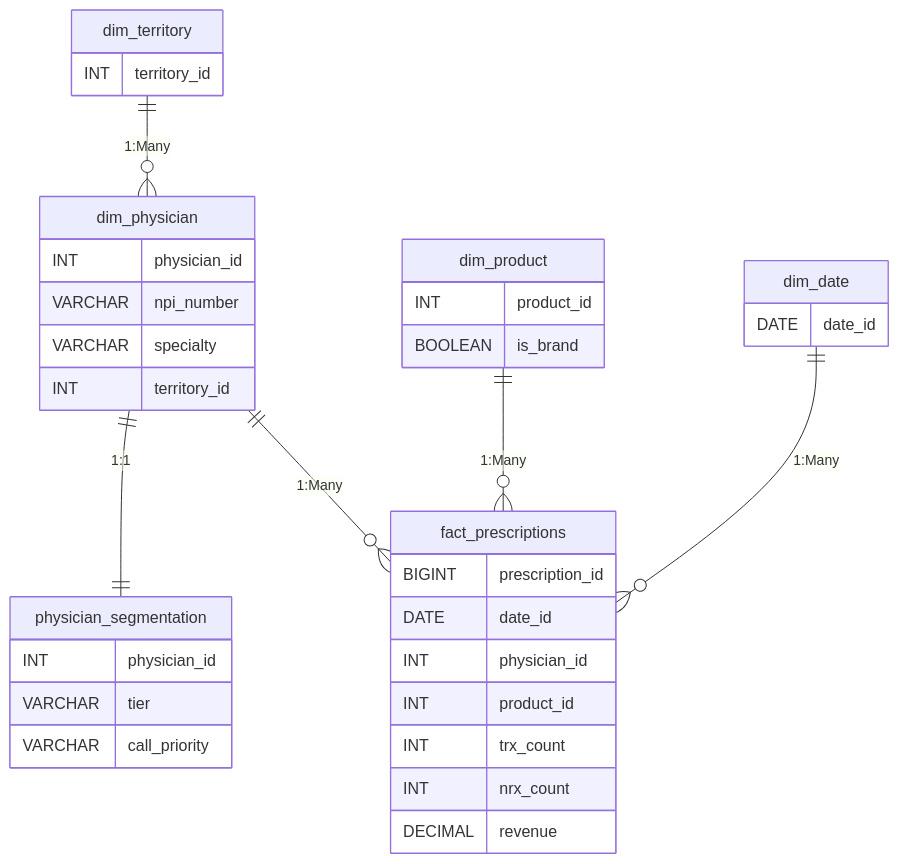
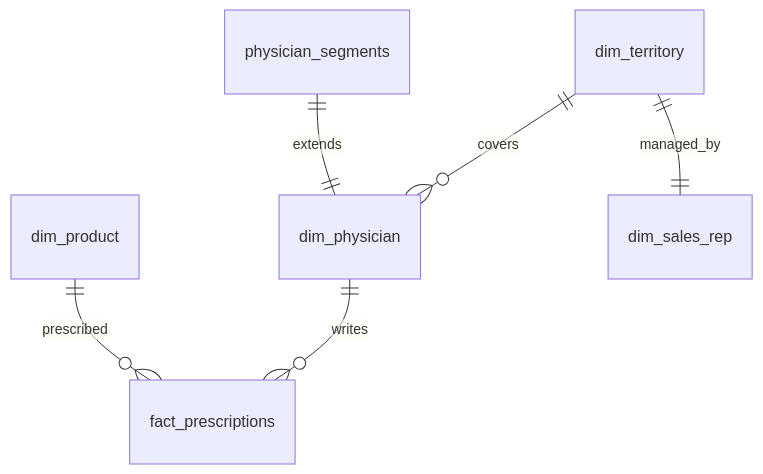
The diagram in powerbi/data_model.md (chhayank-13o2/physician-segmentation-commercial-sales-analytics), drawn with Mermaid before and after one commit. The commit also changed other lines of this file and 6 other files, not shown here.

````diff
--- a/powerbi/data_model.md
+++ b/powerbi/data_model.md
@@ -9,44 +7,8 @@
 ```mermaid
 erDiagram
-    fact_prescriptions {
-        BIGINT prescription_id
-        DATE date_id
-        INT physician_id
-        INT product_id
-        INT trx_count
-        INT nrx_count
-        DECIMAL revenue
-    }
-    
-    dim_physician {
-        INT physician_id
-        VARCHAR npi_number
-        VARCHAR specialty
-        INT territory_id
-    }
-    
-    dim_product {
-        INT product_id
-        BOOLEAN is_brand
-    }
-    
-    dim_date {
-        DATE date_id
-    }
-    
-    dim_territory {
-        INT territory_id
-    }
-    
-    physician_segmentation {
-        INT physician_id
-        VARCHAR tier
-        VARCHAR call_priority
-    }
-
-    dim_physician ||--o{ fact_prescriptions : "1:Many"
-    dim_product ||--o{ fact_prescriptions : "1:Many"
-    dim_date ||--o{ fact_prescriptions : "1:Many"
-    dim_territory ||--o{ dim_physician : "1:Many"
-    dim_physician ||--|| physician_segmentation : "1:1"
+    dim_physician ||--o{ fact_prescriptions : writes
+    dim_product ||--o{ fact_prescriptions : prescribed
+    dim_territory ||--o{ dim_physician : covers
+    dim_territory ||--|| dim_sales_rep : managed_by
+    physician_segments ||--|| dim_physician : extends
 ```
````
